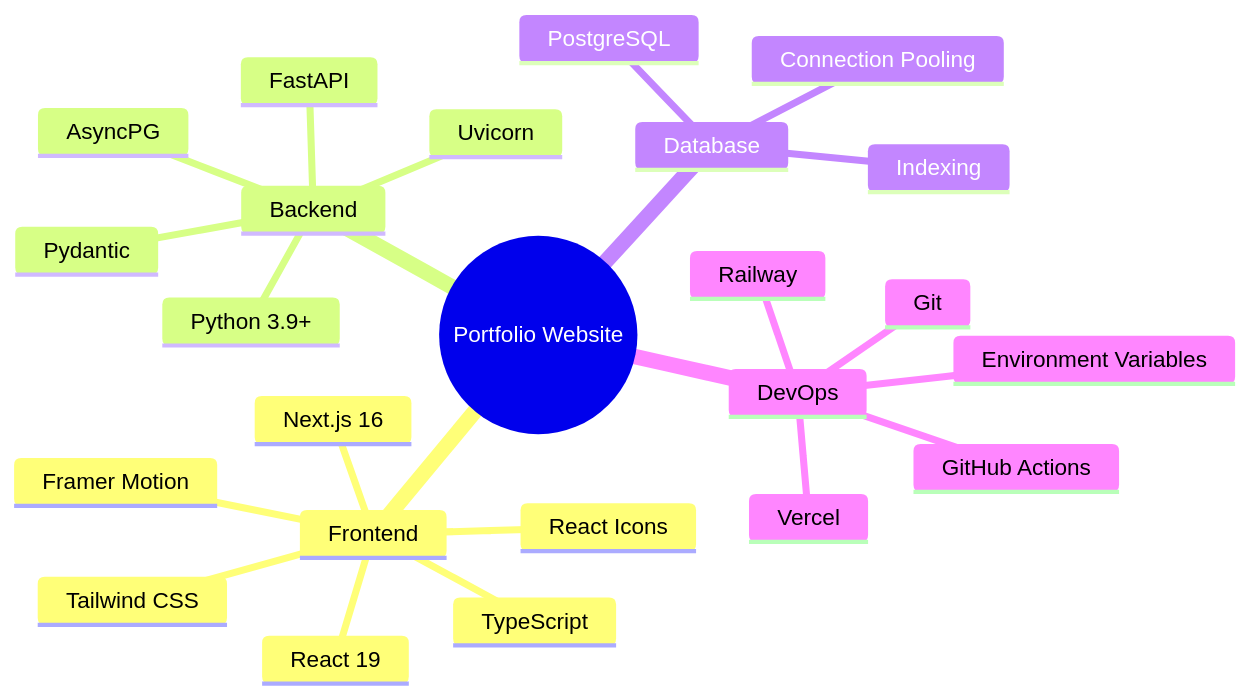
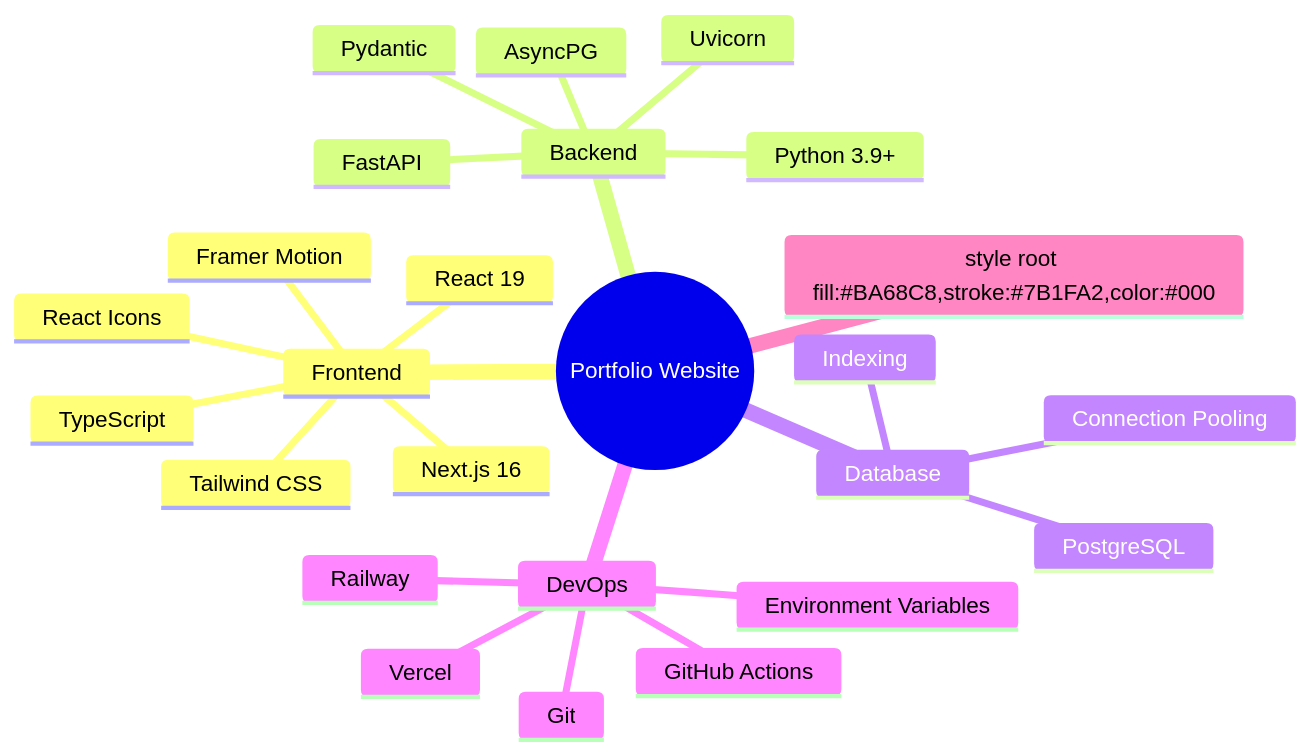
Before and after one commit to merma1509/Portfolio-Website: the fifth of 5 diagrams in README.md, drawn with Mermaid. The commit also changed other lines of this file, not shown here.

````diff
--- a/README.md
+++ b/README.md
@@ -265,27 +265,29 @@
 ```mermaid
 mindmap
   root((Portfolio Website))
     Frontend
       Next.js 16
       React 19
       TypeScript
       Tailwind CSS
       Framer Motion
       React Icons
     Backend
       FastAPI
       Python 3.9+
       Uvicorn
       Pydantic
       AsyncPG
     Database
       PostgreSQL
       Connection Pooling
       Indexing
     DevOps
       Git
       Vercel
       Railway
       GitHub Actions
       Environment Variables
+
+    style root fill:#BA68C8,stroke:#7B1FA2,color:#000
 ```
````
